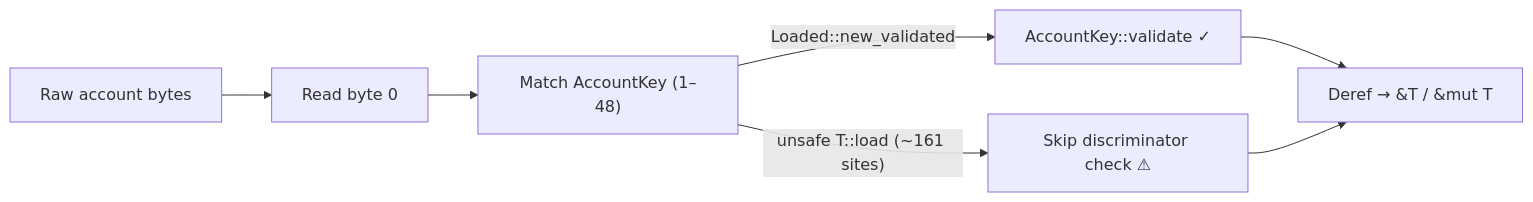
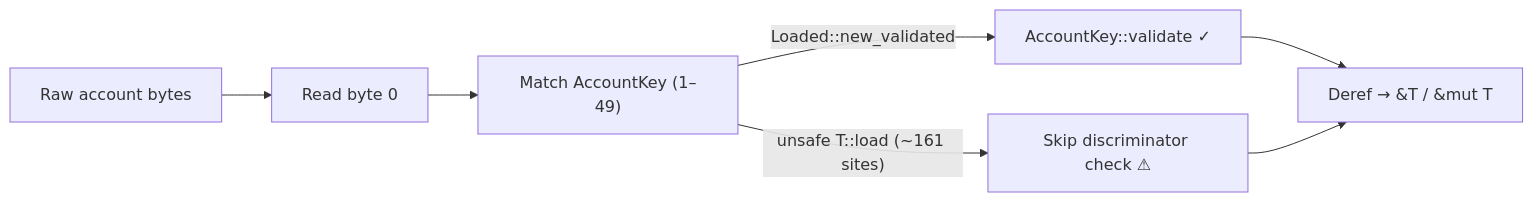
Before and after one commit to crypt0miester/novus-mundus: the first of 7 diagrams in docs/onchain/01-architecture/accounts.md, drawn with Mermaid. The commit also changed other lines of this file and 202 other files, not shown here.

````diff
--- a/docs/onchain/01-architecture/accounts.md
+++ b/docs/onchain/01-architecture/accounts.md
@@ -22,9 +22,9 @@
 ```mermaid
 flowchart LR
     RAW["Raw account bytes"] --> B0["Read byte 0"]
-    B0 --> AK["Match AccountKey (1–48)"]
+    B0 --> AK["Match AccountKey (1–49)"]
     AK -->|"Loaded::new_validated"| VAL["AccountKey::validate ✓"]
     AK -->|"unsafe T::load (~161 sites)"| SKIP["Skip discriminator check ⚠"]
     VAL --> DEREF["Deref → &T / &mut T"]
     SKIP --> DEREF
 ```
````
